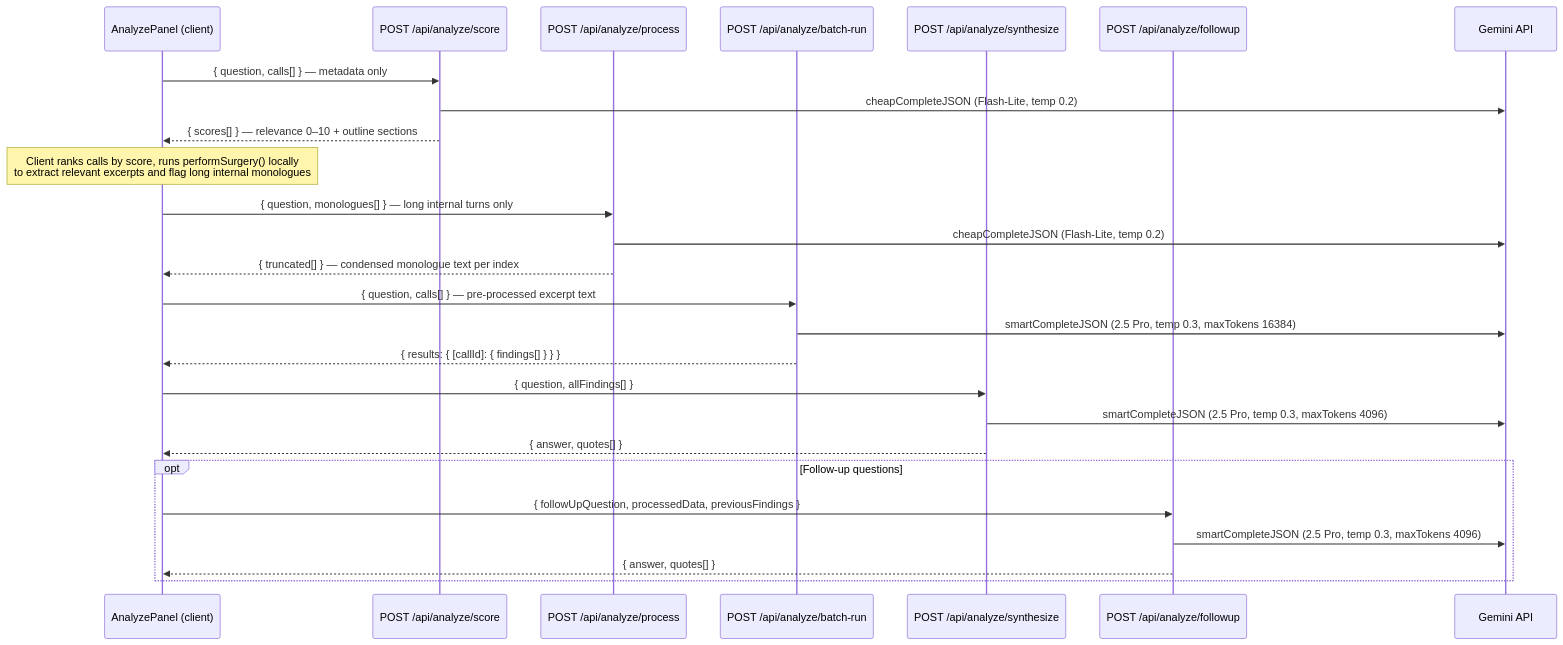
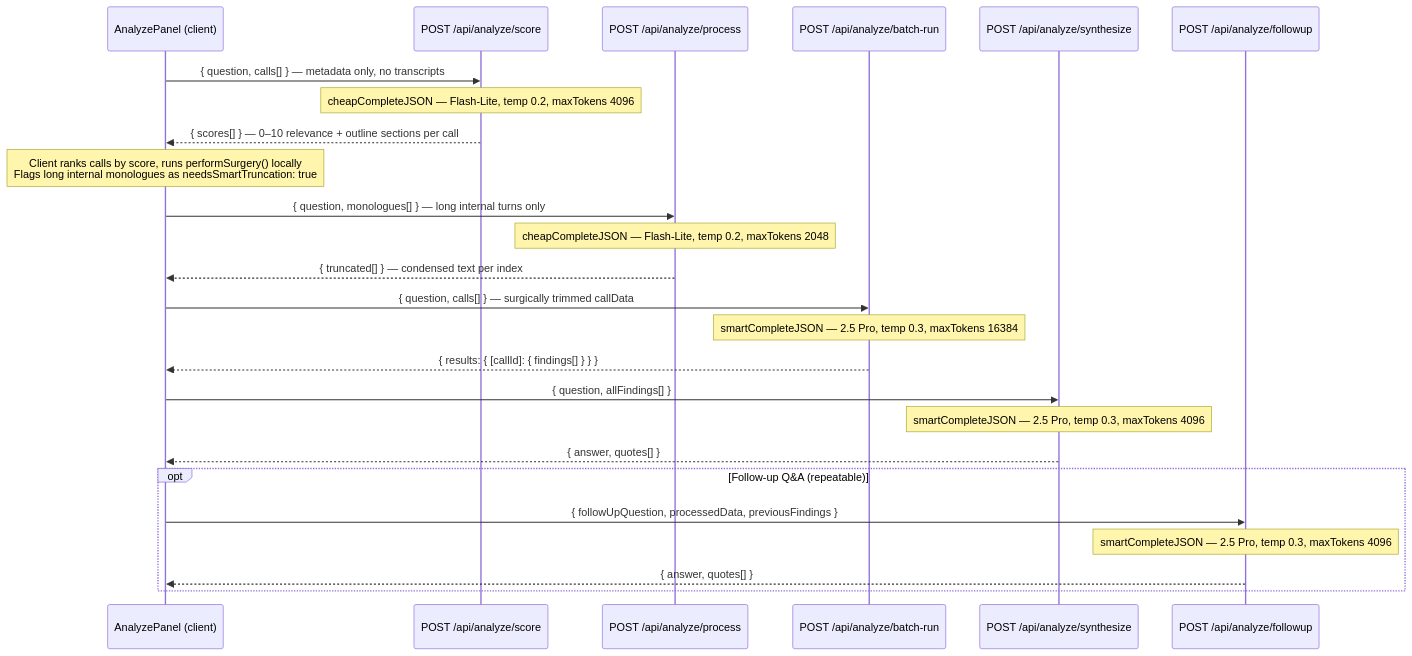
One commit to forrestmill-cmd/gongwizard changed the second of 2 diagrams in docs/generated/api-routes.md. Above: the diagram before and after it, drawn with Mermaid. The commit also changed other lines of this file and 11 other files, not shown here.

````diff
--- a/docs/generated/api-routes.md
+++ b/docs/generated/api-routes.md
@@ -804,34 +846,33 @@
 ```mermaid
 sequenceDiagram
     participant Client as AnalyzePanel (client)
     participant Score as POST /api/analyze/score
     participant Process as POST /api/analyze/process
     participant BatchRun as POST /api/analyze/batch-run
     participant Synthesize as POST /api/analyze/synthesize
     participant Followup as POST /api/analyze/followup
-    participant Gemini as Gemini API
 
-    Client->>Score: { question, calls[] } — metadata only
-    Score->>Gemini: cheapCompleteJSON (Flash-Lite, temp 0.2)
-    Score-->>Client: { scores[] } — relevance 0–10 + outline sections
+    Client->>Score: { question, calls[] } — metadata only, no transcripts
+    Note over Score: cheapCompleteJSON — Flash-Lite, temp 0.2, maxTokens 4096
+    Score-->>Client: { scores[] } — 0–10 relevance + outline sections per call
 
-    Note over Client: Client ranks calls by score, runs performSurgery() locally<br/>to extract relevant excerpts and flag long internal monologues
+    Note over Client: Client ranks calls by score, runs performSurgery() locally<br/>Flags long internal monologues as needsSmartTruncation: true
 
     Client->>Process: { question, monologues[] } — long internal turns only
-    Process->>Gemini: cheapCompleteJSON (Flash-Lite, temp 0.2)
-    Process-->>Client: { truncated[] } — condensed monologue text per index
+    Note over Process: cheapCompleteJSON — Flash-Lite, temp 0.2, maxTokens 2048
+    Process-->>Client: { truncated[] } — condensed text per index
 
-    Client->>BatchRun: { question, calls[] } — pre-processed excerpt text
-    BatchRun->>Gemini: smartCompleteJSON (2.5 Pro, temp 0.3, maxTokens 16384)
+    Client->>BatchRun: { question, calls[] } — surgically trimmed callData
+    Note over BatchRun: smartCompleteJSON — 2.5 Pro, temp 0.3, maxTokens 16384
     BatchRun-->>Client: { results: { [callId]: { findings[] } } }
 
     Client->>Synthesize: { question, allFindings[] }
-    Synthesize->>Gemini: smartCompleteJSON (2.5 Pro, temp 0.3, maxTokens 4096)
+    Note over Synthesize: smartCompleteJSON — 2.5 Pro, temp 0.3, maxTokens 4096
     Synthesize-->>Client: { answer, quotes[] }
 
-    opt Follow-up questions
+    opt Follow-up Q&A (repeatable)
         Client->>Followup: { followUpQuestion, processedData, previousFindings }
-        Followup->>Gemini: smartCompleteJSON (2.5 Pro, temp 0.3, maxTokens 4096)
+        Note over Followup: smartCompleteJSON — 2.5 Pro, temp 0.3, maxTokens 4096
         Followup-->>Client: { answer, quotes[] }
     end
 ```
````
